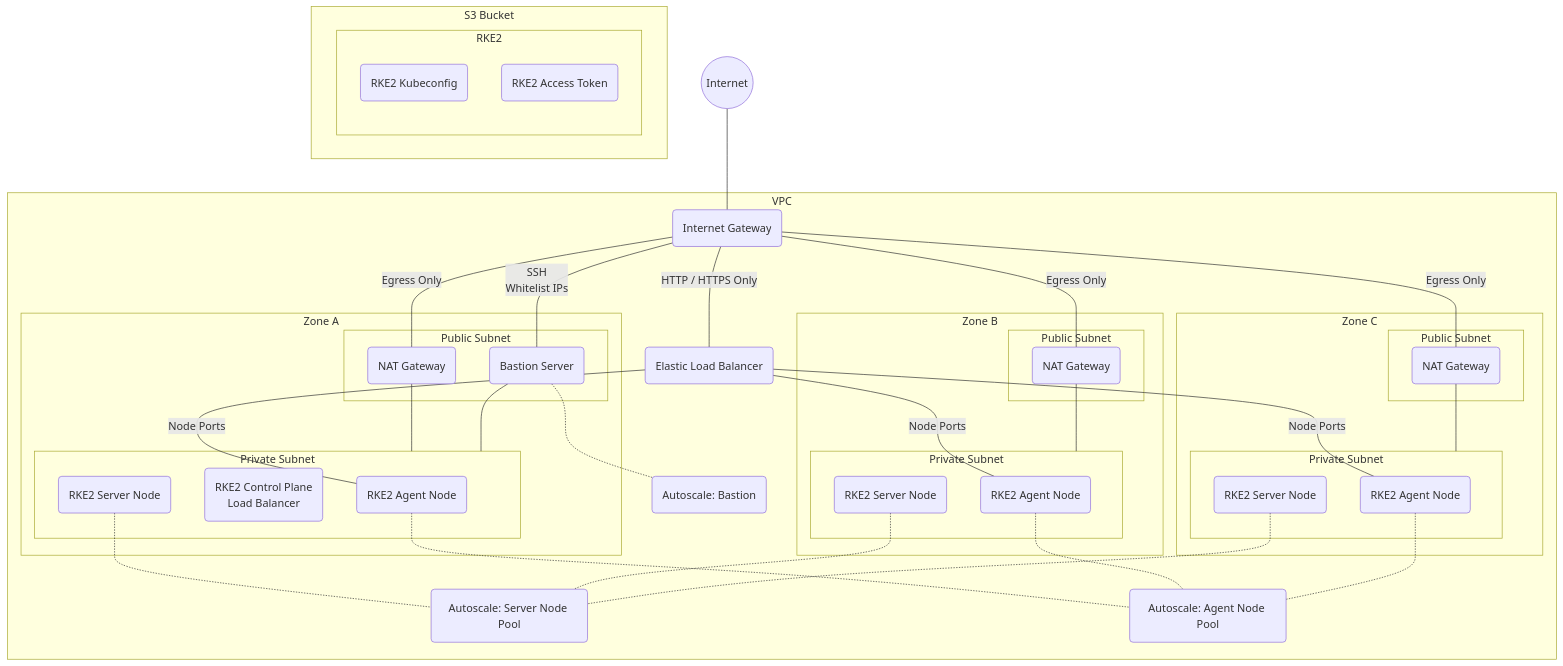
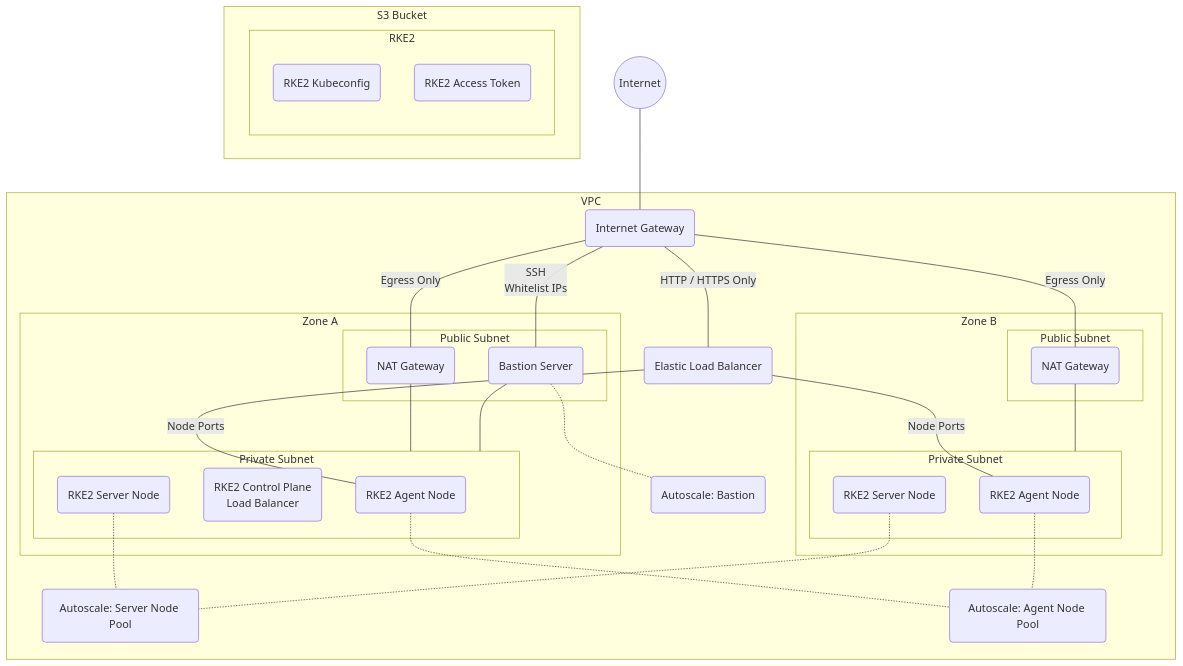
The diagram in terraform/README.md (bcdurden/azure_bigbang), drawn with Mermaid before and after one commit. The commit also changed other lines of this file and 11 other files, not shown here.

````diff
--- a/terraform/README.md
+++ b/terraform/README.md
@@ -207,63 +211,52 @@
 ```mermaid
 flowchart TD;
 
 internet((Internet)) --- igw
 
 subgraph VPC
   igw(Internet Gateway) ---|HTTP / HTTPS Only| elb
 
   igw(Internet Gateway) ---|SSH\nWhitelist IPs| jump
-  igw(Internet Gateway) ---|Egress Only| nat1 & nat2 & nat3
+  igw(Internet Gateway) ---|Egress Only| nat1 & nat2
 
-  elb(Elastic Load Balancer) ---|Node Ports| a1 & a2 & a3
+  elb(Elastic Load Balancer) ---|Node Ports| a1 & a2
 
   jump -.- bscale(Autoscale: Bastion)
 
   subgraph za [Zone A]
     nat1 --- zapriv
     jump --- zapriv
     subgraph zapub [Public Subnet]
       nat1(NAT Gateway)
       jump(Bastion Server)
     end
     subgraph zapriv [Private Subnet]
       cp(RKE2 Control Plane\nLoad Balancer)
       s1(RKE2 Server Node)
       a1(RKE2 Agent Node)
     end
   end
 
   subgraph zb [Zone B]
     nat2 --- zbpriv
     subgraph zbpub [Public Subnet]
       nat2(NAT Gateway)
     end
     subgraph zbpriv [Private Subnet]
       s2(RKE2 Server Node)
       a2(RKE2 Agent Node)
     end
   end
 
-  subgraph zc [Zone C]
-    nat3 --- zcpriv
-    subgraph zcpub [Public Subnet]
-      nat3(NAT Gateway)
-    end
-    subgraph zcpriv [Private Subnet]
-      s3(RKE2 Server Node)
-      a3(RKE2 Agent Node)
-    end
-  end
-
-  s1 & s2 & s3 -.- sscale(Autoscale: Server Node Pool)
-  a1 & a2 & a3 -.- ascale(Autoscale: Agent Node Pool)
+  s1 & s2 -.- sscale(Autoscale: Server Node Pool)
+  a1 & a2 -.- ascale(Autoscale: Agent Node Pool)
 
 end
 
 subgraph store [S3 Bucket]
   subgraph RKE2
     yaml(RKE2 Kubeconfig)
     token(RKE2 Access Token)
   end
 end
 ```
````
